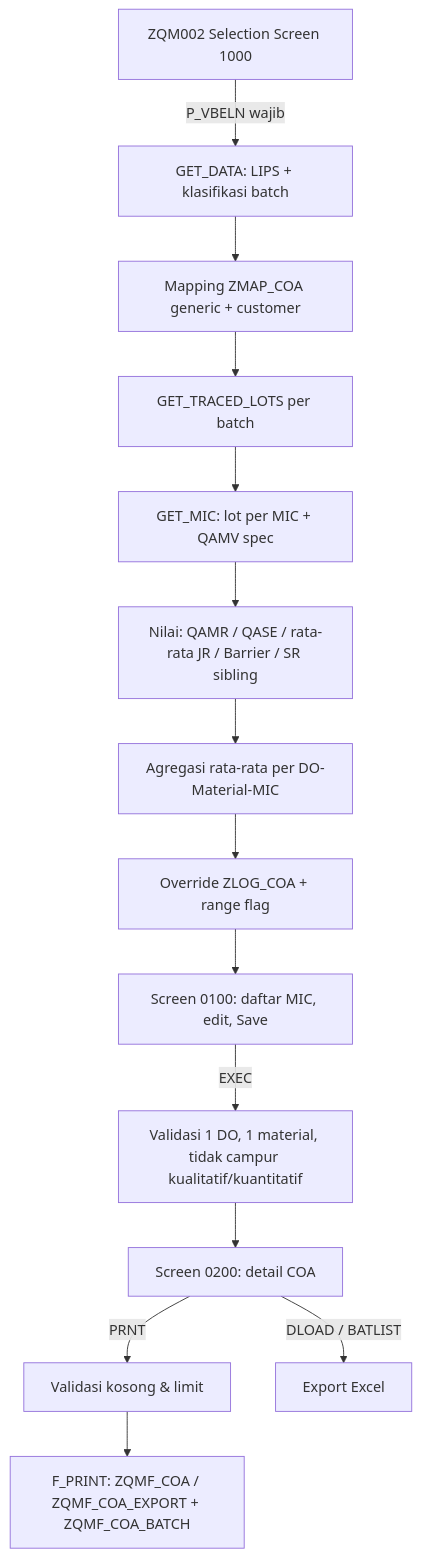
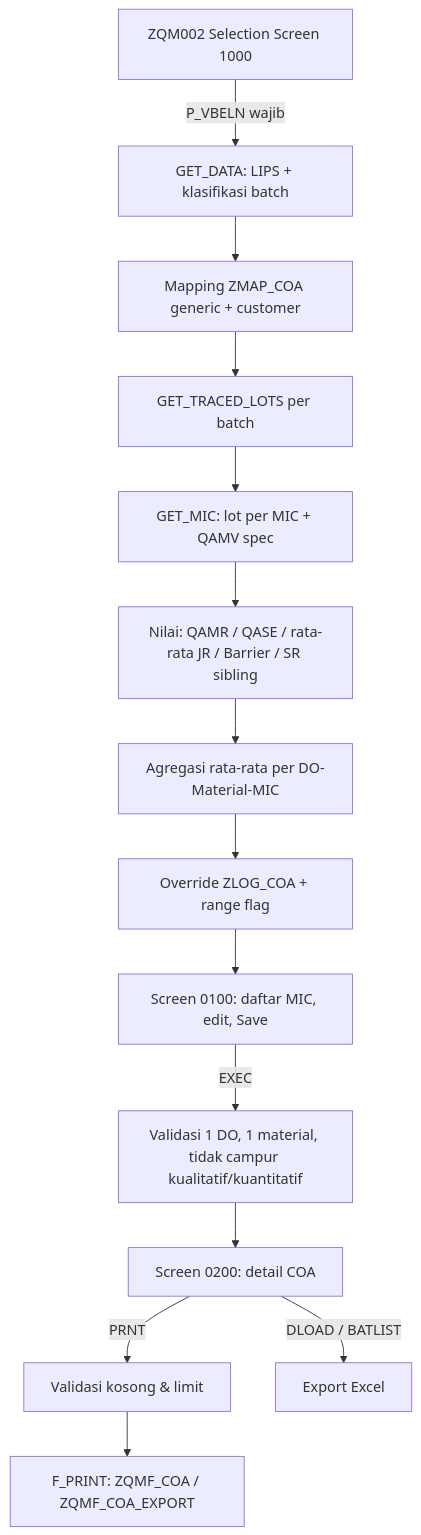
Before and after one commit to bud1purwanto/SAP-Project: the diagram in ABAP/subproject/COA/docs/WRICEF_ZQM002_Certificate_of_Analysis.md, drawn with Mermaid. The commit also changed other lines of this file and 220 other files, not shown here.

````diff
--- a/ABAP/subproject/COA/docs/WRICEF_ZQM002_Certificate_of_Analysis.md
+++ b/ABAP/subproject/COA/docs/WRICEF_ZQM002_Certificate_of_Analysis.md
@@ -88,16 +88,16 @@
 ```mermaid
 flowchart TD
   A[ZQM002 Selection Screen 1000] -->|P_VBELN wajib| B[GET_DATA: LIPS + klasifikasi batch]
   B --> C[Mapping ZMAP_COA generic + customer]
   C --> D[GET_TRACED_LOTS per batch]
   D --> E[GET_MIC: lot per MIC + QAMV spec]
   E --> F[Nilai: QAMR / QASE / rata-rata JR / Barrier / SR sibling]
   F --> G[Agregasi rata-rata per DO-Material-MIC]
   G --> H[Override ZLOG_COA + range flag]
   H --> I[Screen 0100: daftar MIC, edit, Save]
   I -->|EXEC| J[Validasi 1 DO, 1 material, tidak campur kualitatif/kuantitatif]
   J --> K[Screen 0200: detail COA]
   K -->|PRNT| L[Validasi kosong & limit]
-  L --> M[F_PRINT: ZQMF_COA / ZQMF_COA_EXPORT + ZQMF_COA_BATCH]
+  L --> M[F_PRINT: ZQMF_COA / ZQMF_COA_EXPORT]
   K -->|DLOAD / BATLIST| N[Export Excel]
 ```
````
